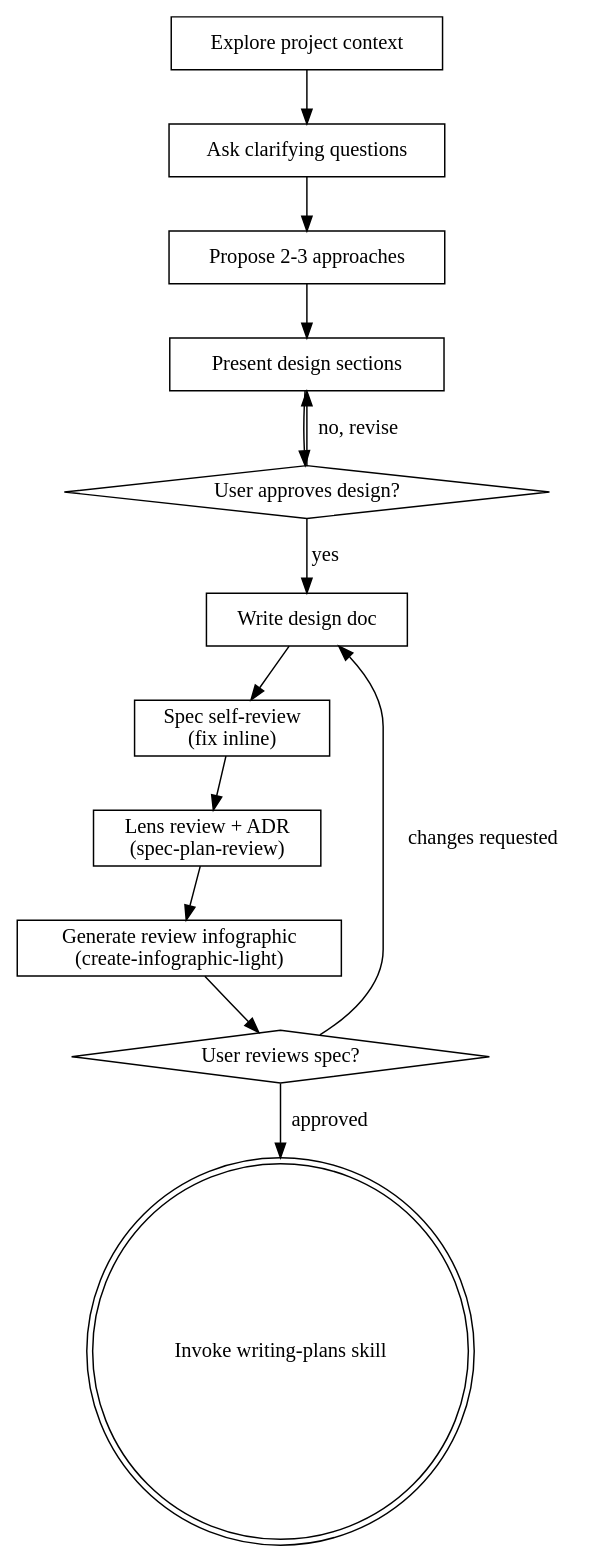
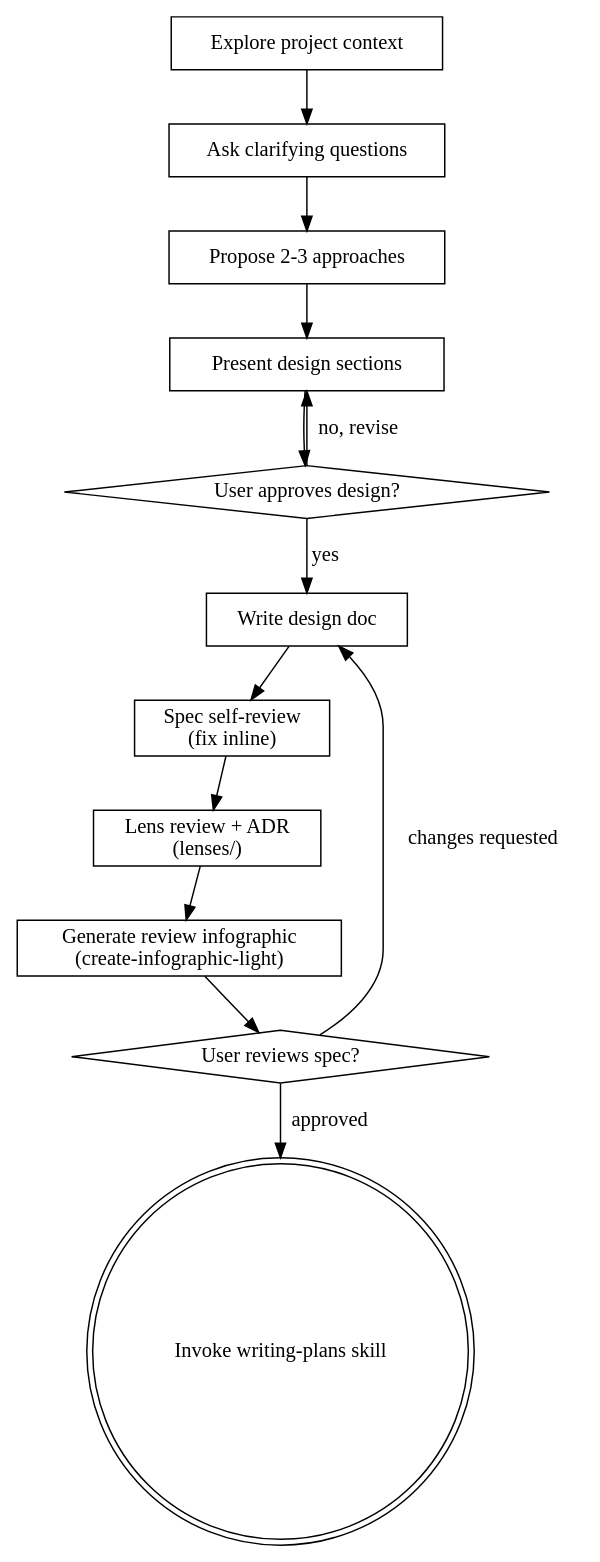
The diagram in .claude/skills/brainstorming/SKILL.md (moorestech/moorestech), drawn with Graphviz before and after one commit. The commit also changed other lines of this file and 12 other files, not shown here.

Commit message:
レンズ+ADRを共有スキルからbrainstorming/writing-plans個別内蔵へ再構成（spec-plan-review廃止・ユーザー指摘反映）

````diff
--- a/.claude/skills/brainstorming/SKILL.md
+++ b/.claude/skills/brainstorming/SKILL.md
@@ -38,28 +38,28 @@
 ```dot
 digraph brainstorming {
     "Explore project context" [shape=box];
     "Ask clarifying questions" [shape=box];
     "Propose 2-3 approaches" [shape=box];
     "Present design sections" [shape=box];
     "User approves design?" [shape=diamond];
     "Write design doc" [shape=box];
     "Spec self-review\n(fix inline)" [shape=box];
     "User reviews spec?" [shape=diamond];
     "Invoke writing-plans skill" [shape=doublecircle];
 
     "Explore project context" -> "Ask clarifying questions";
     "Ask clarifying questions" -> "Propose 2-3 approaches";
     "Propose 2-3 approaches" -> "Present design sections";
     "Present design sections" -> "User approves design?";
     "User approves design?" -> "Present design sections" [label="no, revise"];
     "User approves design?" -> "Write design doc" [label="yes"];
     "Write design doc" -> "Spec self-review\n(fix inline)";
-    "Lens review + ADR\n(spec-plan-review)" [shape=box];
+    "Lens review + ADR\n(lenses/)" [shape=box];
     "Generate review infographic\n(create-infographic-light)" [shape=box];
-    "Spec self-review\n(fix inline)" -> "Lens review + ADR\n(spec-plan-review)";
-    "Lens review + ADR\n(spec-plan-review)" -> "Generate review infographic\n(create-infographic-light)";
+    "Spec self-review\n(fix inline)" -> "Lens review + ADR\n(lenses/)";
+    "Lens review + ADR\n(lenses/)" -> "Generate review infographic\n(create-infographic-light)";
     "Generate review infographic\n(create-infographic-light)" -> "User reviews spec?";
     "User reviews spec?" -> "Write design doc" [label="changes requested"];
     "User reviews spec?" -> "Invoke writing-plans skill" [label="approved"];
 }
 ```
````
